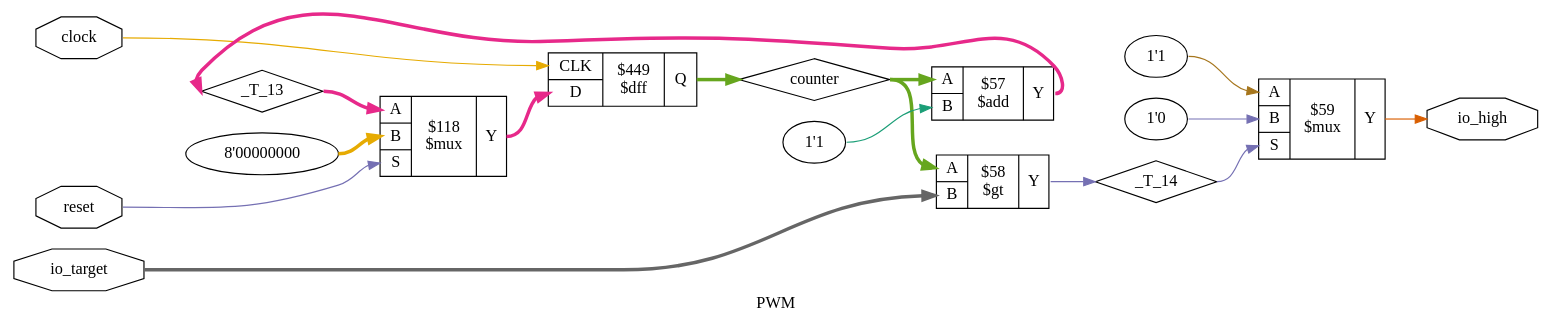
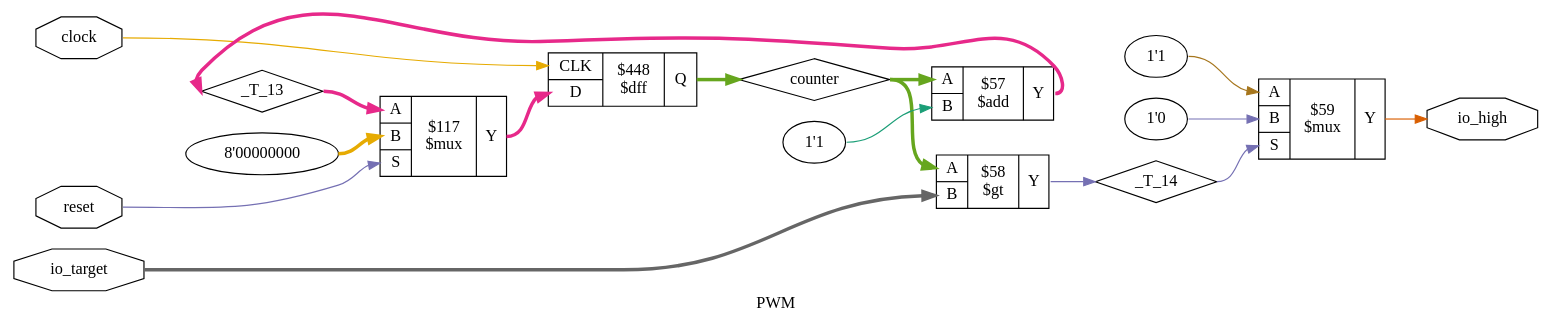
One commit to TDT4295-2019-groupA/FPGA changed the diagram in graphs/yosys/PWM_opt.dot. Above: the diagram before and after it, drawn with Graphviz. The commit also changed 48 other files, not shown here.

```diff
--- a/graphs/yosys/PWM_opt.dot
+++ b/graphs/yosys/PWM_opt.dot
@@ -1,39 +1,39 @@
 digraph "PWM" {
 label="PWM";
 rankdir="LR";
 remincross=true;
 n2 [ shape=diamond, label="_T_13", color="black", fontcolor="black" ];
 n3 [ shape=diamond, label="_T_14", color="black", fontcolor="black" ];
 n4 [ shape=octagon, label="clock", color="black", fontcolor="black" ];
 n5 [ shape=diamond, label="counter", color="black", fontcolor="black" ];
 n6 [ shape=octagon, label="io_high", color="black", fontcolor="black" ];
 n7 [ shape=octagon, label="io_target", color="black", fontcolor="black" ];
 n8 [ shape=octagon, label="reset", color="black", fontcolor="black" ];
 { rank="source"; n4; n7; n8;}
 { rank="sink"; n6;}
 v0 [ label="1'1" ];
 c12 [ shape=record, label="{{<p9> A|<p10> B}|$57\n$add|{<p11> Y}}" ];
 c13 [ shape=record, label="{{<p9> A|<p10> B}|$58\n$gt|{<p11> Y}}" ];
-c17 [ shape=record, label="{{<p14> CLK|<p15> D}|$449\n$dff|{<p16> Q}}" ];
+c17 [ shape=record, label="{{<p14> CLK|<p15> D}|$448\n$dff|{<p16> Q}}" ];
 v1 [ label="8'00000000" ];
-c19 [ shape=record, label="{{<p9> A|<p10> B|<p18> S}|$118\n$mux|{<p11> Y}}" ];
+c19 [ shape=record, label="{{<p9> A|<p10> B|<p18> S}|$117\n$mux|{<p11> Y}}" ];
 v2 [ label="1'1" ];
 v3 [ label="1'0" ];
 c20 [ shape=record, label="{{<p9> A|<p10> B|<p18> S}|$59\n$mux|{<p11> Y}}" ];
 c19:p11:e -> c17:p15:w [colorscheme="dark28", color="4", fontcolor="4", style="setlinewidth(3)", label=""];
 c12:p11:e -> n2:w [colorscheme="dark28", color="4", fontcolor="4", style="setlinewidth(3)", label=""];
 n2:e -> c19:p9:w [colorscheme="dark28", color="4", fontcolor="4", style="setlinewidth(3)", label=""];
 c13:p11:e -> n3:w [colorscheme="dark28", color="3", fontcolor="3", label=""];
 n3:e -> c20:p18:w [colorscheme="dark28", color="3", fontcolor="3", label=""];
 n4:e -> c17:p14:w [colorscheme="dark28", color="6", fontcolor="6", label=""];
 c17:p16:e -> n5:w [colorscheme="dark28", color="5", fontcolor="5", style="setlinewidth(3)", label=""];
 n5:e -> c12:p9:w [colorscheme="dark28", color="5", fontcolor="5", style="setlinewidth(3)", label=""];
 n5:e -> c13:p9:w [colorscheme="dark28", color="5", fontcolor="5", style="setlinewidth(3)", label=""];
 c20:p11:e -> n6:w [colorscheme="dark28", color="2", fontcolor="2", label=""];
 n7:e -> c13:p10:w [colorscheme="dark28", color="8", fontcolor="8", style="setlinewidth(3)", label=""];
 n8:e -> c19:p18:w [colorscheme="dark28", color="3", fontcolor="3", label=""];
 v0:e -> c12:p10:w [colorscheme="dark28", color="1", fontcolor="1", label=""];
 v1:e -> c19:p10:w [colorscheme="dark28", color="6", fontcolor="6", style="setlinewidth(3)", label=""];
 v2:e -> c20:p9:w [colorscheme="dark28", color="7", fontcolor="7", label=""];
 v3:e -> c20:p10:w [colorscheme="dark28", color="3", fontcolor="3", label=""];
 }
```
